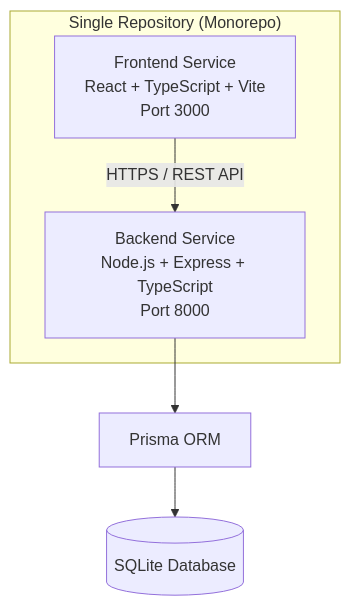
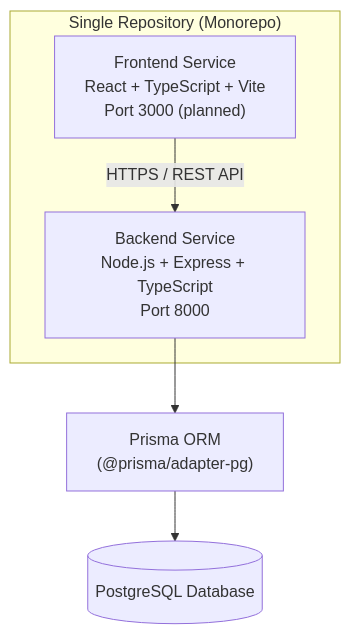
The first of 2 diagrams in docs/architecture.md (bittukumarthakur/acme-salary-management-system), drawn with Mermaid before and after one commit. The commit also changed other lines of this file and 2 other files, not shown here.

````diff
--- a/docs/architecture.md
+++ b/docs/architecture.md
@@ -5,11 +5,11 @@
 ```mermaid
 flowchart TB
     subgraph Monorepo["Single Repository (Monorepo)"]
-        FE["Frontend Service<br/>React + TypeScript + Vite<br/>Port 3000"]
+        FE["Frontend Service<br/>React + TypeScript + Vite<br/>Port 3000 (planned)"]
         BE["Backend Service<br/>Node.js + Express + TypeScript<br/>Port 8000"]
     end
 
     FE -->|"HTTPS / REST API"| BE
-    BE --> PRISMA["Prisma ORM"]
-    PRISMA --> DB[("SQLite Database")]
+    BE --> PRISMA["Prisma ORM<br/>(@prisma/adapter-pg)"]
+    PRISMA --> DB[("PostgreSQL Database")]
 ```
````
